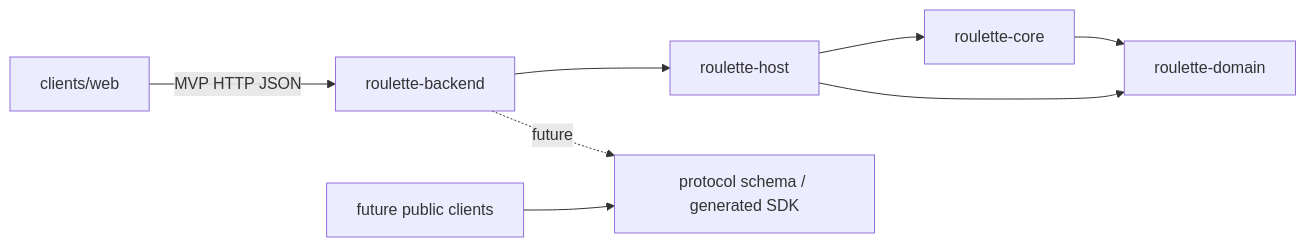
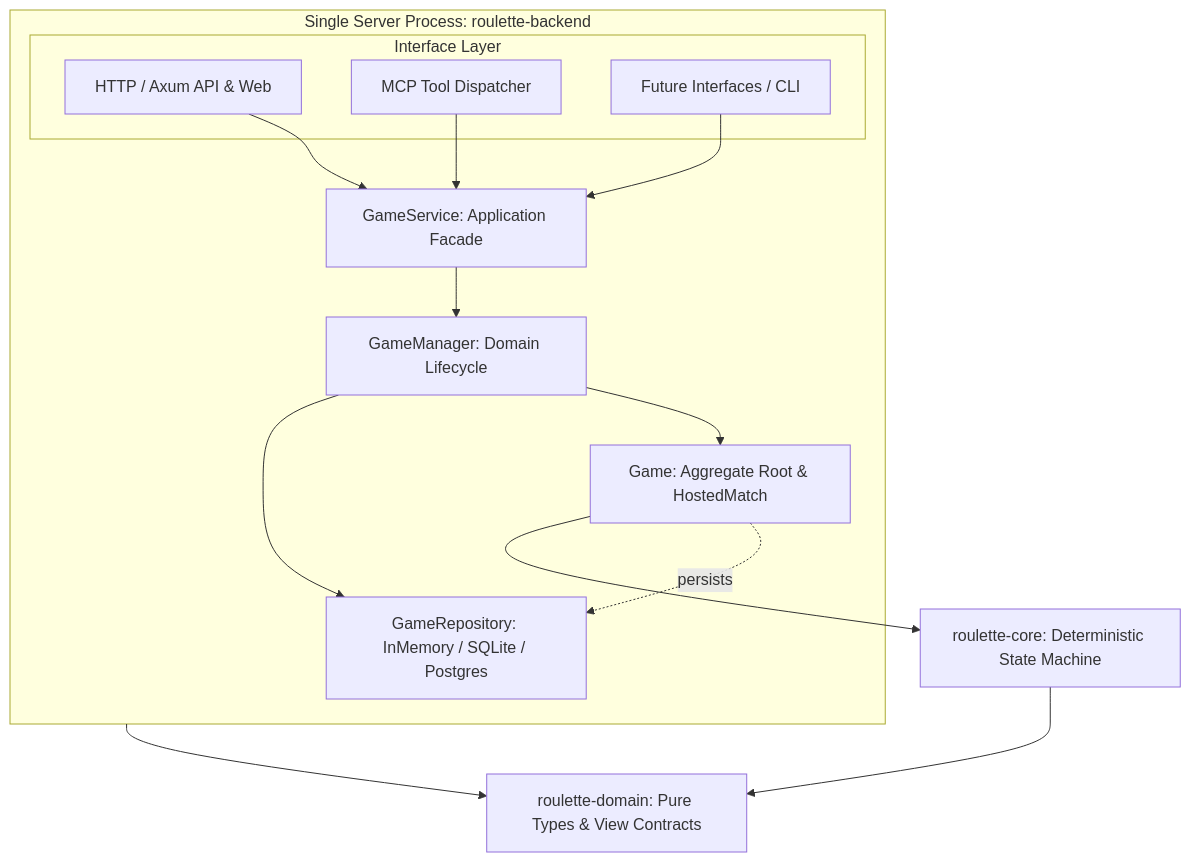
One commit to AKIMOTOkaya/russia_roulette changed the diagram in docs/project/modules.md. Above: the diagram before and after it, drawn with Mermaid. The commit also changed other lines of this file and 23 other files, not shown here.

````diff
--- a/docs/project/modules.md
+++ b/docs/project/modules.md
@@ -14,12 +37,31 @@
 ```mermaid
-flowchart LR
-    Backend[roulette-backend] --> Host[roulette-host]
-    Host --> Core[roulette-core]
-    Host --> Domain[roulette-domain]
+flowchart TD
+    subgraph Server [Single Server Process: roulette-backend]
+        subgraph Interfaces [Interface Layer]
+            HTTP[HTTP / Axum API & Web]
+            MCP[MCP Tool Dispatcher]
+            Other[Future Interfaces / CLI]
+        end
+
+        Service[GameService: Application Facade]
+        Manager[GameManager: Domain Lifecycle]
+        GameEntity[Game: Aggregate Root & HostedMatch]
+        Repo[GameRepository: InMemory / SQLite / Postgres]
+        
+        HTTP --> Service
+        MCP --> Service
+        Other --> Service
+        
+        Service --> Manager
+        Manager --> GameEntity
+        Manager --> Repo
+        GameEntity -. persists .-> Repo
+    end
+
+    Core[roulette-core: Deterministic State Machine]
+    Domain[roulette-domain: Pure Types & View Contracts]
+
+    GameEntity --> Core
     Core --> Domain
-
-    Web[clients/web] -->|MVP HTTP JSON| Backend
-
-    FutureWeb[future public clients] --> Protocol[protocol schema / generated SDK]
-    Backend -. future .-> Protocol
+    Server --> Domain
 ```
````
